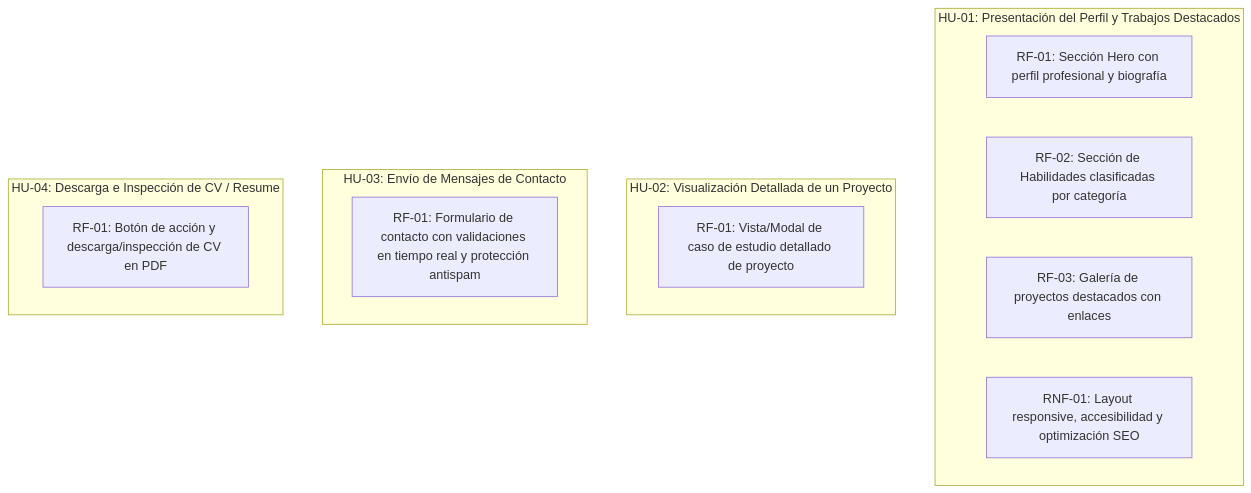
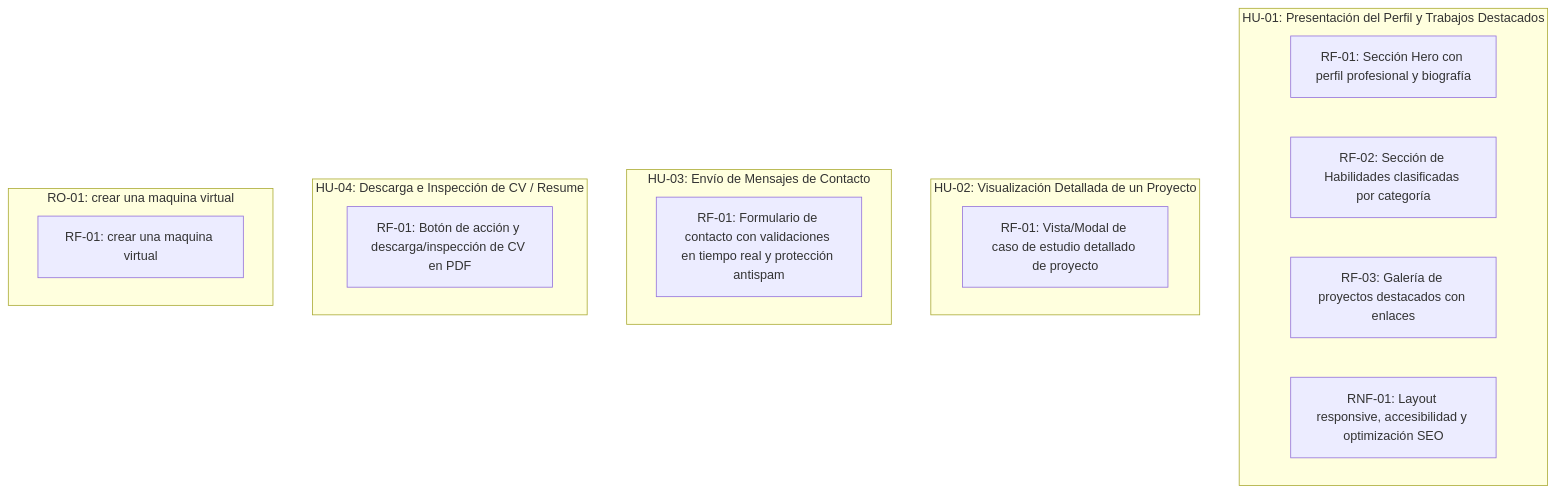
Before and after one commit to SVGiannoni/PORTFOLIO: the diagram in scrumDocs/grafo.md, drawn with Mermaid. The commit also changed other lines of this file, not shown here.

Commit message:
Auto-publish: actualiza scrumDocs/grafo.md

````diff
--- a/scrumDocs/grafo.md
+++ b/scrumDocs/grafo.md
@@ -5,18 +5,21 @@
 ```mermaid
 graph TD
   subgraph US_1788275867284["HU-01: Presentación del Perfil y Trabajos Destacados"]
     REQ_1788276365513["RF-01: Sección Hero con perfil profesional y biografía"]
     REQ_1788276394018["RF-02: Sección de Habilidades clasificadas por categoría"]
     REQ_1788276396963["RF-03: Galería de proyectos destacados con enlaces"]
     REQ_1788276400353["RNF-01: Layout responsive, accesibilidad y optimización SEO"]
   end
   subgraph US_1788275876379["HU-02: Visualización Detallada de un Proyecto"]
     REQ_1788276403305["RF-01: Vista/Modal de caso de estudio detallado de proyecto"]
   end
   subgraph US_1788275881801["HU-03: Envío de Mensajes de Contacto"]
     REQ_1788276405801["RF-01: Formulario de contacto con validaciones en tiempo real y protección antispam"]
   end
   subgraph US_1788275889310["HU-04: Descarga e Inspección de CV / Resume"]
     REQ_1788276408368["RF-01: Botón de acción y descarga/inspección de CV en PDF"]
   end
+  subgraph US_1788436790832["RO-01: crear una maquina virtual"]
+    REQ_1788436790839["RF-01: crear una maquina virtual"]
+  end
 ```
````
